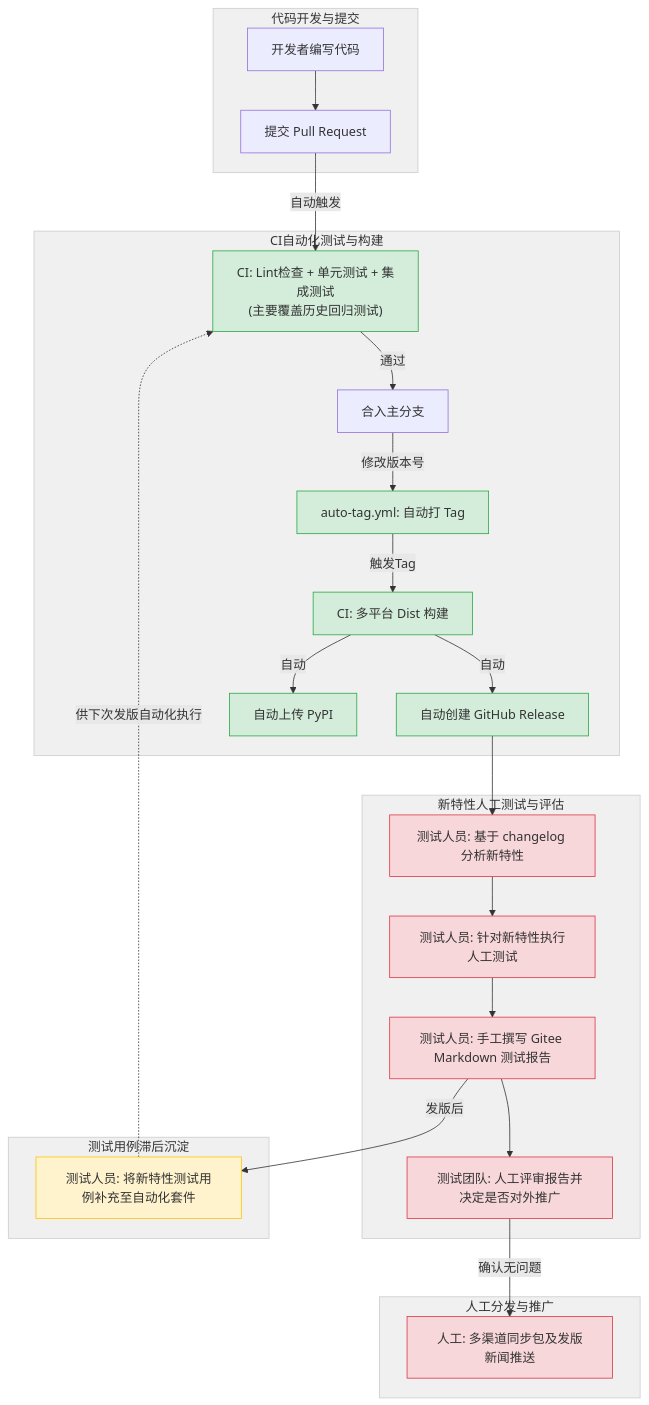
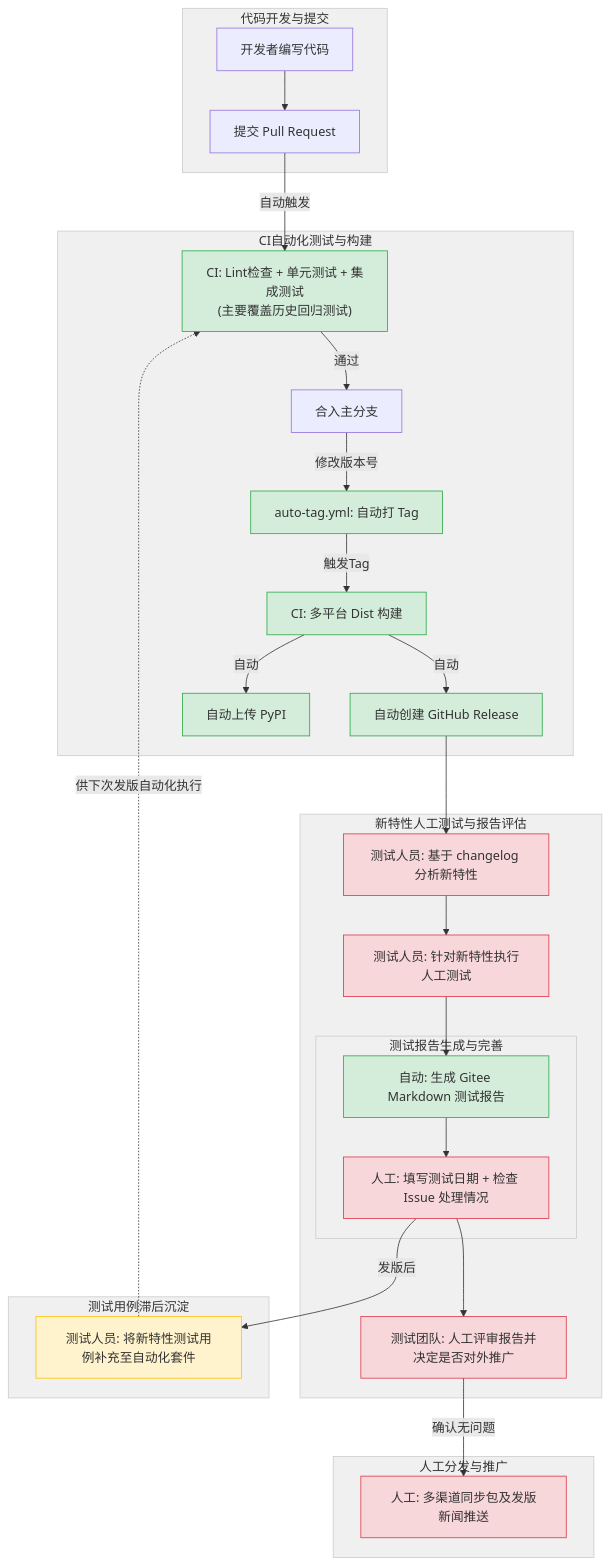
One commit to xijing21/ruyisdk-work changed the first of 2 diagrams in ai/e2e-pipeline-ideation.md. Above: the diagram before and after it, drawn with Mermaid. The commit also changed other lines of this file, not shown here.

````diff
--- a/ai/e2e-pipeline-ideation.md
+++ b/ai/e2e-pipeline-ideation.md
@@ -5,34 +6,39 @@
 ```mermaid
 %%{init: {'themeVariables': {'clusterBkg': '#f0f0f0', 'clusterBorder': '#cccccc'}}}%%
 flowchart TD
     subgraph 代码开发与提交
     Dev[开发者编写代码] --> PR[提交 Pull Request]
     end
     subgraph CI自动化测试与构建
     PR -->|自动触发| CI_Lint["CI: Lint检查 + 单元测试 + 集成测试<br/>(主要覆盖历史回归测试)"]
     CI_Lint -->|通过| Merge[合入主分支]
     Merge -->|修改版本号| AutoTag[auto-tag.yml: 自动打 Tag]
     AutoTag -->|触发Tag| ReleaseBuild[CI: 多平台 Dist 构建]
     ReleaseBuild -->|自动| Release[自动创建 GitHub Release]
     ReleaseBuild -->|自动| PyPI[自动上传 PyPI]
     end
-    subgraph 新特性人工测试与评估
+    subgraph 新特性人工测试与报告评估
     Release --> ManualChk[测试人员: 基于 changelog 分析新特性]
     ManualChk --> ManualTest[测试人员: 针对新特性执行人工测试]
-    ManualTest --> ManualReport[测试人员: 手工撰写 Gitee Markdown 测试报告]
-    ManualReport --> ManualReview[测试团队: 人工评审报告并决定是否对外推广]
+    
+    subgraph 测试报告生成与完善
+    AutoGenReport[自动: 生成 Gitee Markdown 测试报告] --> ManualFill[人工: 填写测试日期 + 检查 Issue 处理情况]
+    end
+    
+    ManualTest --> AutoGenReport
+    ManualFill --> ManualReview[测试团队: 人工评审报告并决定是否对外推广]
     end
     subgraph 人工分发与推广
     ManualReview -->|确认无问题| ManualDist[人工: 多渠道同步包及发版新闻推送]
     end
     subgraph 测试用例滞后沉淀
-    ManualReport -->|发版后| AutoAdd[测试人员: 将新特性测试用例补充至自动化套件]
+    ManualFill -->|发版后| AutoAdd[测试人员: 将新特性测试用例补充至自动化套件]
     AutoAdd -.->|供下次发版自动化执行| CI_Lint
     end
     classDef auto fill:#d4edda,stroke:#28a745;
     classDef manual fill:#f8d7da,stroke:#dc3545;
     classDef lag fill:#fff3cd,stroke:#ffc107;
-    class CI_Lint,AutoTag,ReleaseBuild,Release,PyPI auto;
-    class ManualChk,ManualTest,ManualReport,ManualReview,ManualDist manual;
+    class CI_Lint,AutoTag,ReleaseBuild,Release,PyPI,AutoGenReport auto;
+    class ManualChk,ManualTest,ManualFill,ManualReview,ManualDist manual;
     class AutoAdd lag;
 ```
````
